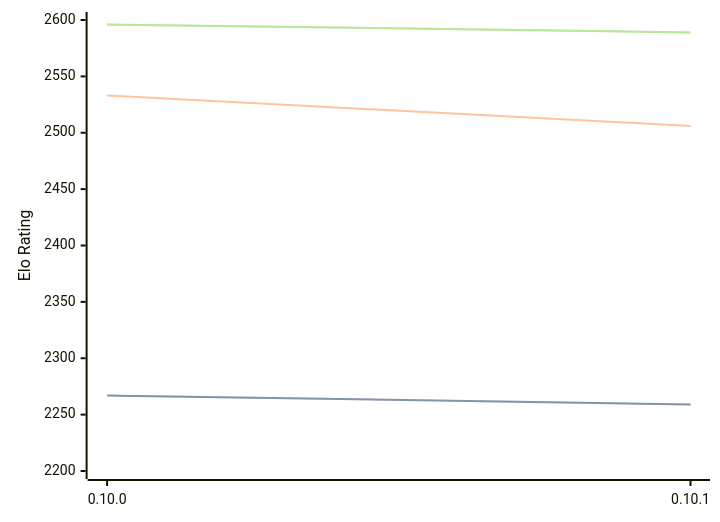
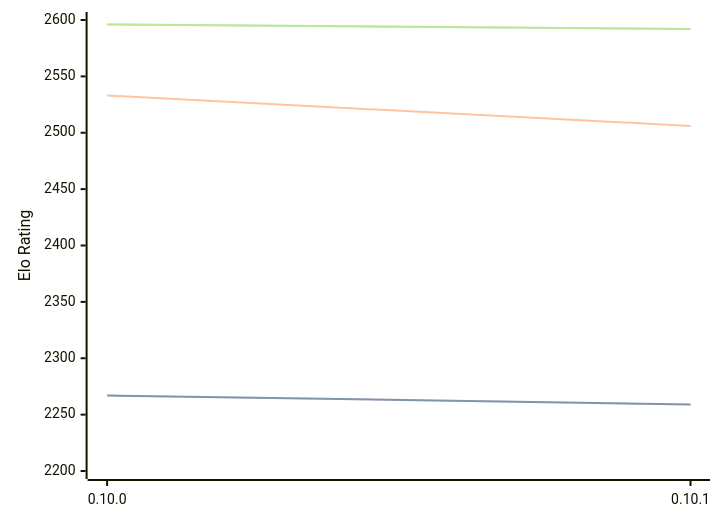
Before and after one commit to computer-chess-index/cci: the first of 3 diagrams in engines/Fatalii.md, drawn with Mermaid. The commit also changed other lines of this file, not shown here.

Commit message:
Update CCI Ratings (ELO VLTC) - 2026-07-09

````diff
--- a/engines/Fatalii.md
+++ b/engines/Fatalii.md
@@ -46,11 +46,11 @@
 ```mermaid
 %%{init: {"theme":"base","themeVariables":{"seriesColors:['#a3a3a3','#222221','#faa371']}}}%%
 xychart-beta
   x-axis ["0.10.0", "0.10.1"]
   y-axis "Elo Rating" 2200 --> 2600
   line "STC (8.0+0.08s)" [2267, 2259]
   line "STC (8.0+0.08s)" [2267, 2259]
   line "LTC (60.0+0.60s)" [2533, 2506]
-  line "VLTC (2m24s+1.12s)" [2596, 2589]
-  line "VLTC (2m24s+1.12s)" [2596, 2589]
+  line "VLTC (2m24s+1.12s)" [2596, 2592]
+  line "VLTC (2m24s+1.12s)" [2596, 2592]
 ```
````
